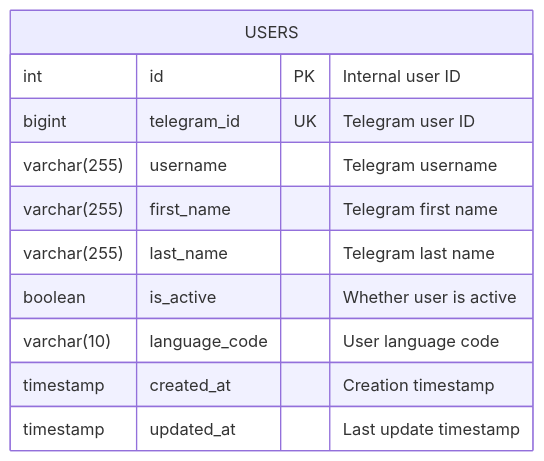
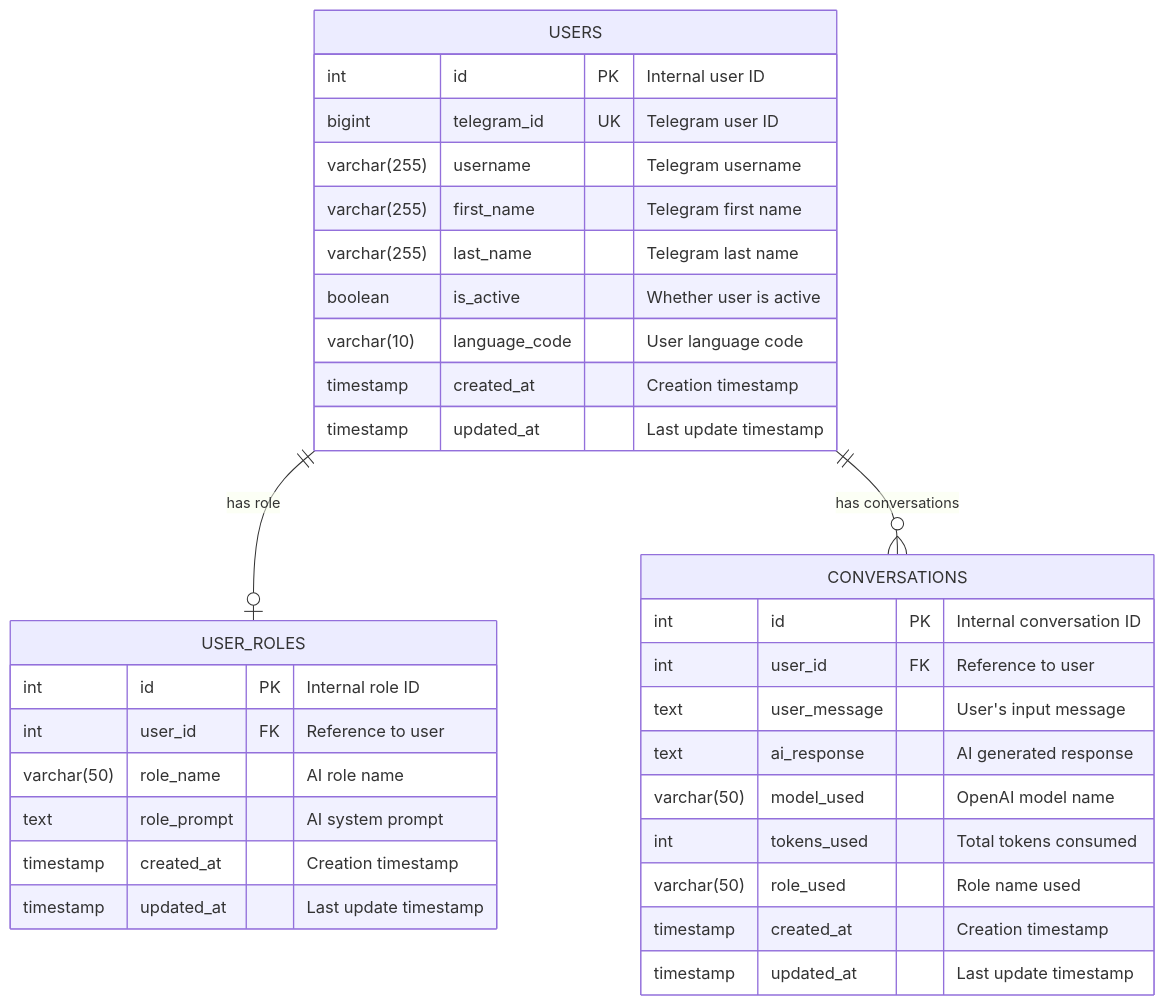
Before and after one commit to ivan-hilckov/hello-ai-bot: the first of 2 diagrams in docs/DATABASE.md, drawn with Mermaid. The commit also changed other lines of this file and 16 other files, not shown here.

````diff
--- a/docs/DATABASE.md
+++ b/docs/DATABASE.md
@@ -7,14 +7,38 @@
 ```mermaid
 erDiagram
     USERS {
         int id PK "Internal user ID"
         bigint telegram_id UK "Telegram user ID"
         varchar(255) username "Telegram username"
         varchar(255) first_name "Telegram first name"
         varchar(255) last_name "Telegram last name"
         boolean is_active "Whether user is active"
         varchar(10) language_code "User language code"
         timestamp created_at "Creation timestamp"
         timestamp updated_at "Last update timestamp"
     }
+
+    USER_ROLES {
+        int id PK "Internal role ID"
+        int user_id FK "Reference to user"
+        varchar(50) role_name "AI role name"
+        text role_prompt "AI system prompt"
+        timestamp created_at "Creation timestamp"
+        timestamp updated_at "Last update timestamp"
+    }
+
+    CONVERSATIONS {
+        int id PK "Internal conversation ID"
+        int user_id FK "Reference to user"
+        text user_message "User's input message"
+        text ai_response "AI generated response"
+        varchar(50) model_used "OpenAI model name"
+        int tokens_used "Total tokens consumed"
+        varchar(50) role_used "Role name used"
+        timestamp created_at "Creation timestamp"
+        timestamp updated_at "Last update timestamp"
+    }
+
+    USERS ||--o| USER_ROLES : "has role"
+    USERS ||--o{ CONVERSATIONS : "has conversations"
 ```
````
